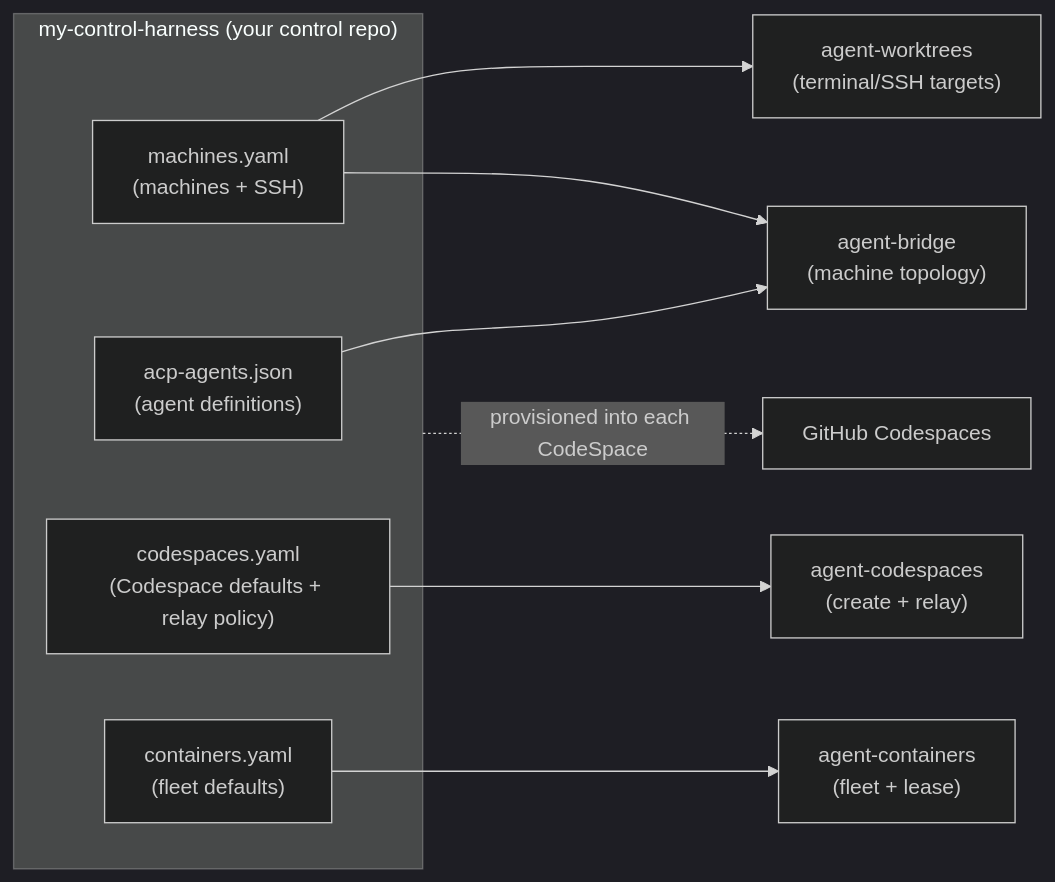
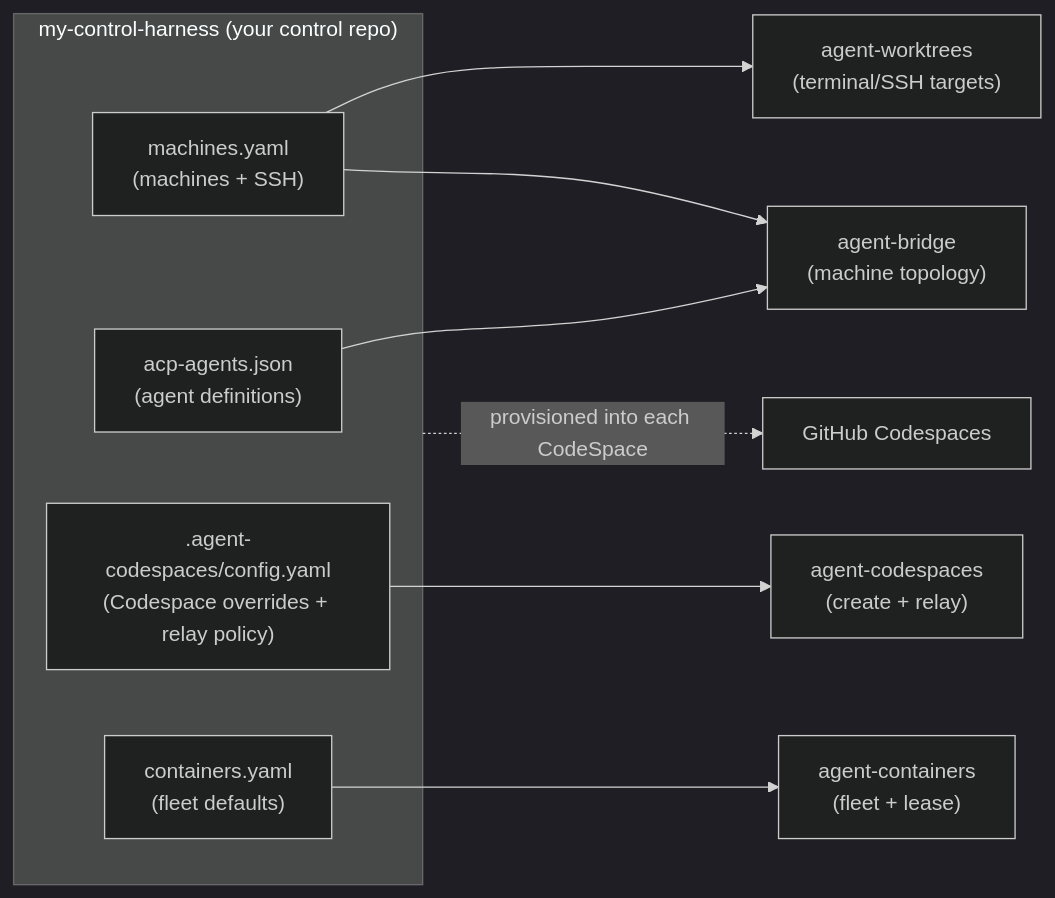
The second of 4 diagrams in docs/architecture.md (ThomasMichon/copilot-extensions), drawn with Mermaid (dark theme) before and after one commit. The commit also changed other lines of this file and 31 other files, not shown here.

````diff
--- a/docs/architecture.md
+++ b/docs/architecture.md
@@ -164,15 +164,15 @@
 ```mermaid
 flowchart LR
     subgraph Repo["my-control-harness (your control repo)"]
       MY["machines.yaml<br/>(machines + SSH)"]
       AG["acp-agents.json<br/>(agent definitions)"]
-      CY["codespaces.yaml<br/>(Codespace defaults + relay policy)"]
+      CY[".agent-codespaces/config.yaml<br/>(Codespace overrides + relay policy)"]
       CN["containers.yaml<br/>(fleet defaults)"]
     end
     MY --> WT["agent-worktrees<br/>(terminal/SSH targets)"]
     MY --> BR["agent-bridge<br/>(machine topology)"]
     AG --> BR
     CY --> CSp["agent-codespaces<br/>(create + relay)"]
     CN --> CTp["agent-containers<br/>(fleet + lease)"]
     Repo -.->|provisioned into each CodeSpace| GH["GitHub Codespaces"]
 ```
````
